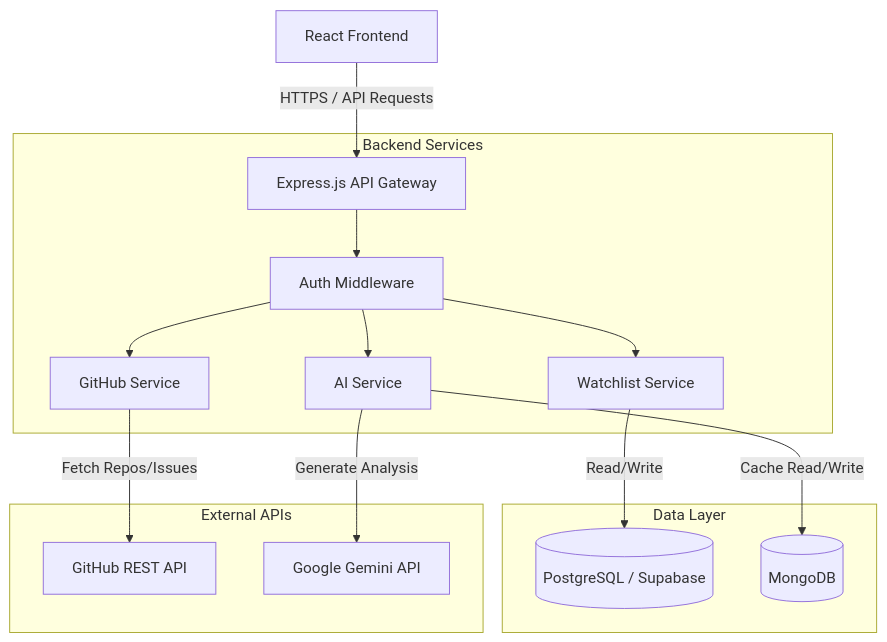
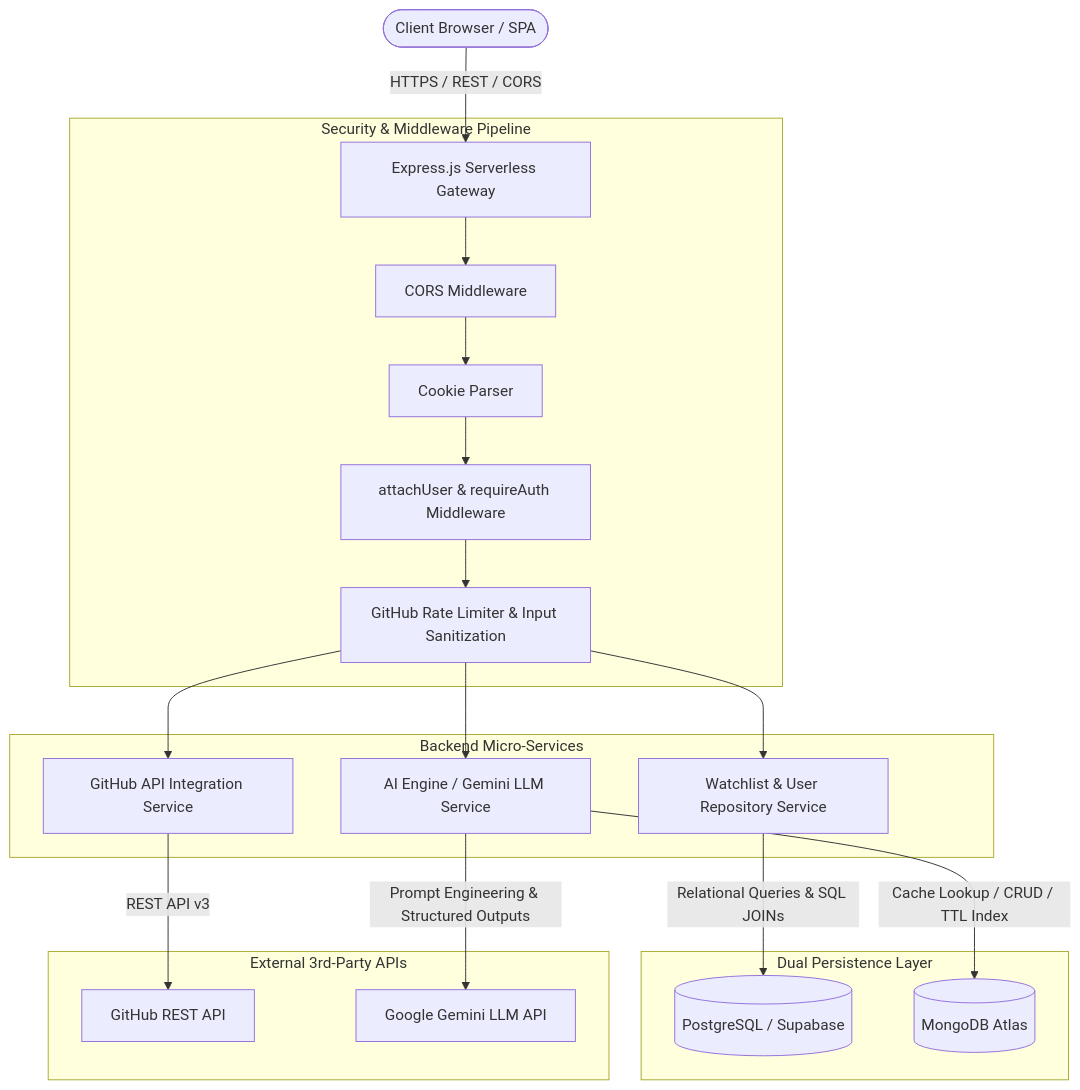
Before and after one commit to mohitdebian/AlgoMerge: the diagram in HLD.md, drawn with Mermaid. The commit also changed other lines of this file and 2 other files, not shown here.

````diff
--- a/HLD.md
+++ b/HLD.md
@@ -15,21 +18,27 @@
 ```mermaid
 graph TD
-    Client[React Frontend] -->|HTTPS / API Requests| API[Express.js API Gateway]
-    
-    subgraph Backend Services
-        API --> AuthMiddleware[Auth Middleware]
-        AuthMiddleware --> GitHubService[GitHub Service]
-        AuthMiddleware --> AIService[AI Service]
-        AuthMiddleware --> WatchlistService[Watchlist Service]
+    User([Client Browser / SPA]) -->|HTTPS / REST / CORS| API[Express.js Serverless Gateway]
+
+    subgraph Security & Middleware Pipeline
+        API --> CORS[CORS Middleware]
+        CORS --> CookieParser[Cookie Parser]
+        CookieParser --> AuthMiddleware[attachUser & requireAuth Middleware]
+        AuthMiddleware --> RateLimiter[GitHub Rate Limiter & Input Sanitization]
     end
 
-    subgraph Data Layer
-        WatchlistService -->|Read/Write| Postgres[(PostgreSQL / Supabase)]
-        AIService -->|Cache Read/Write| MongoDB[(MongoDB)]
+    subgraph Backend Micro-Services
+        RateLimiter --> GitHubService[GitHub API Integration Service]
+        RateLimiter --> AIService[AI Engine / Gemini LLM Service]
+        RateLimiter --> WatchlistService[Watchlist & User Repository Service]
     end
 
-    subgraph External APIs
-        GitHubService -->|Fetch Repos/Issues| GitHubAPI[GitHub REST API]
-        AIService -->|Generate Analysis| GeminiAPI[Google Gemini API]
+    subgraph Dual Persistence Layer
+        WatchlistService -->|Relational Queries & SQL JOINs| Postgres[(PostgreSQL / Supabase)]
+        AIService -->|Cache Lookup / CRUD / TTL Index| MongoDB[(MongoDB Atlas)]
+    end
+
+    subgraph External 3rd-Party APIs
+        GitHubService -->|REST API v3| GitHubAPI[GitHub REST API]
+        AIService -->|Prompt Engineering & Structured Outputs| GeminiAPI[Google Gemini LLM API]
     end
 ```
````
